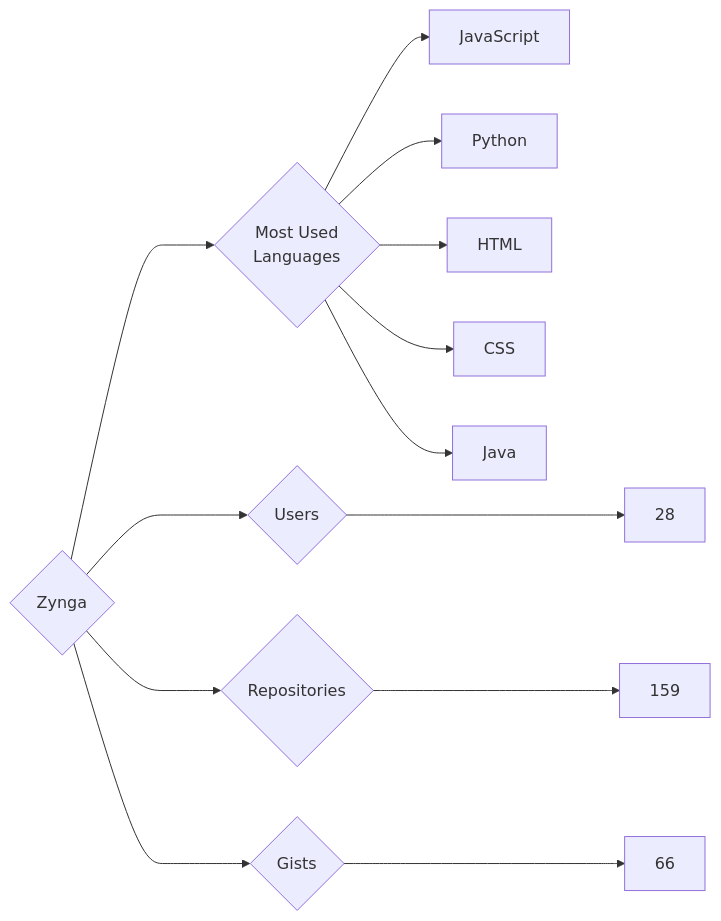
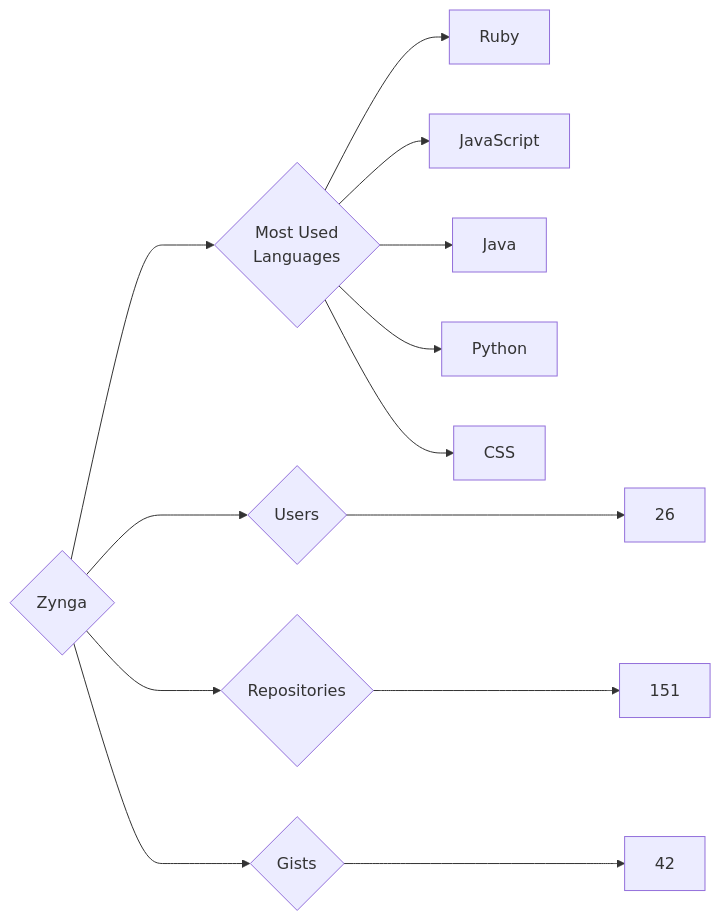
Before and after one commit to trickest/insiders: the diagram in targets/Zynga/README.md, drawn with Mermaid. The commit also changed 898 other files, not shown here.

````diff
--- a/targets/Zynga/README.md
+++ b/targets/Zynga/README.md
@@ -3,13 +3,13 @@
 ```mermaid
 graph LR
 COMPANY_NAME{Zynga}
-COMPANY_NAME ---> U{Users} ---> UN[28]
-COMPANY_NAME ---> R{Repositories} ---> RN[159]
-COMPANY_NAME ---> G{Gists} ---> GN[66]
+COMPANY_NAME ---> U{Users} ---> UN[26]
+COMPANY_NAME ---> R{Repositories} ---> RN[151]
+COMPANY_NAME ---> G{Gists} ---> GN[42]
 COMPANY_NAME ---> ML{Most Used<br>Languages}
+ML --> Ruby[Ruby]
 ML --> JavaScript[JavaScript]
+ML --> Java[Java]
 ML --> Python[Python]
-ML --> HTML[HTML]
 ML --> CSS[CSS]
-ML --> Java[Java]
 ```
````
